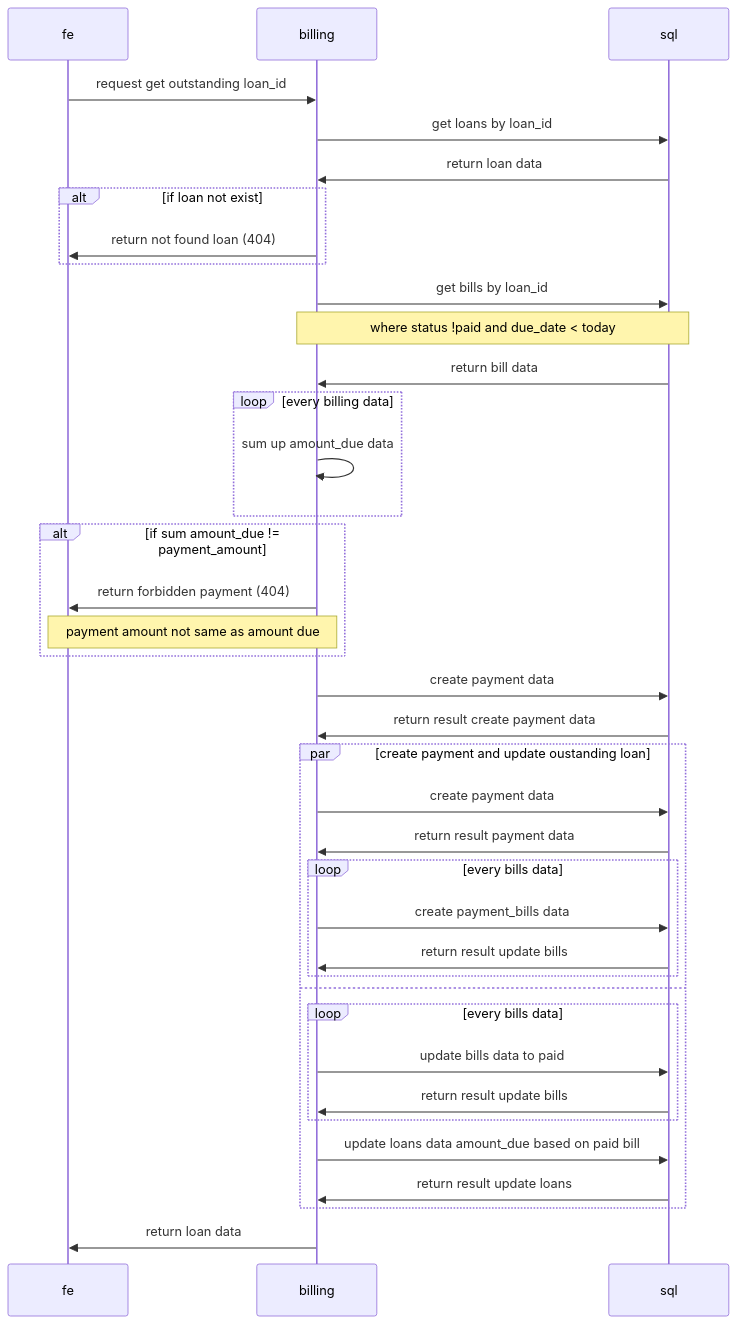
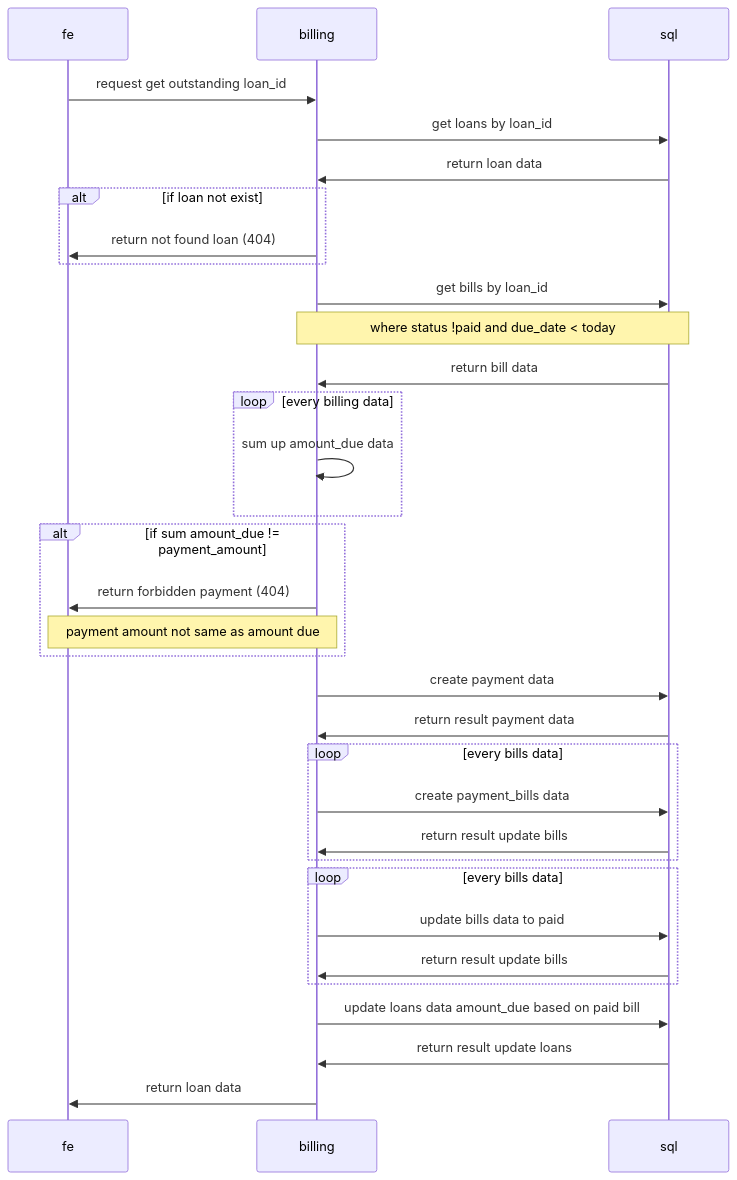
One commit to ran-jita/billing-engine changed the diagram in documentation/6.make_payment_flow.md. Above: the diagram before and after it, drawn with Mermaid. The commit also changed 9 other files, not shown here.

````diff
--- a/documentation/6.make_payment_flow.md
+++ b/documentation/6.make_payment_flow.md
@@ -2,41 +2,41 @@
 ```mermaid
 sequenceDiagram
     participant fe
     participant billing
     participant sql
 
     fe ->> billing: request get outstanding loan_id
+    
     billing ->> sql: get loans by loan_id
     sql ->> billing: return loan data
     alt if loan not exist
         billing ->> fe: return not found loan (404)
     end
+    
     billing ->> sql: get bills by loan_id
     note over billing,sql: where status !paid and due_date < today
     sql ->> billing: return bill data
     loop every billing data
         billing ->> billing: sum up amount_due data
     end
     alt if sum amount_due != payment_amount
         billing ->> fe: return forbidden payment (404)
         note over billing,fe: payment amount not same as amount due
     end
+    
     billing ->> sql: create payment data
-    sql ->> billing: return result create payment data
-    par create payment and update oustanding loan
-        billing ->> sql: create payment data
-        sql ->> billing: return result payment data
-        loop every bills data
-            billing ->> sql: create payment_bills data
-            sql ->> billing: return result update bills
-        end
-    and
-        loop every bills data
-            billing ->> sql: update bills data to paid
-            sql ->> billing: return result update bills
-        end
-        billing ->> sql: update loans data amount_due based on paid bill
-        sql ->> billing: return result update loans
+    sql ->> billing: return result payment data
+    loop every bills data
+        billing ->> sql: create payment_bills data
+        sql ->> billing: return result update bills
     end
+    
+    loop every bills data
+        billing ->> sql: update bills data to paid
+        sql ->> billing: return result update bills
+    end
+    billing ->> sql: update loans data amount_due based on paid bill
+    sql ->> billing: return result update loans
+    
     billing ->> fe: return loan data
 ```
````
